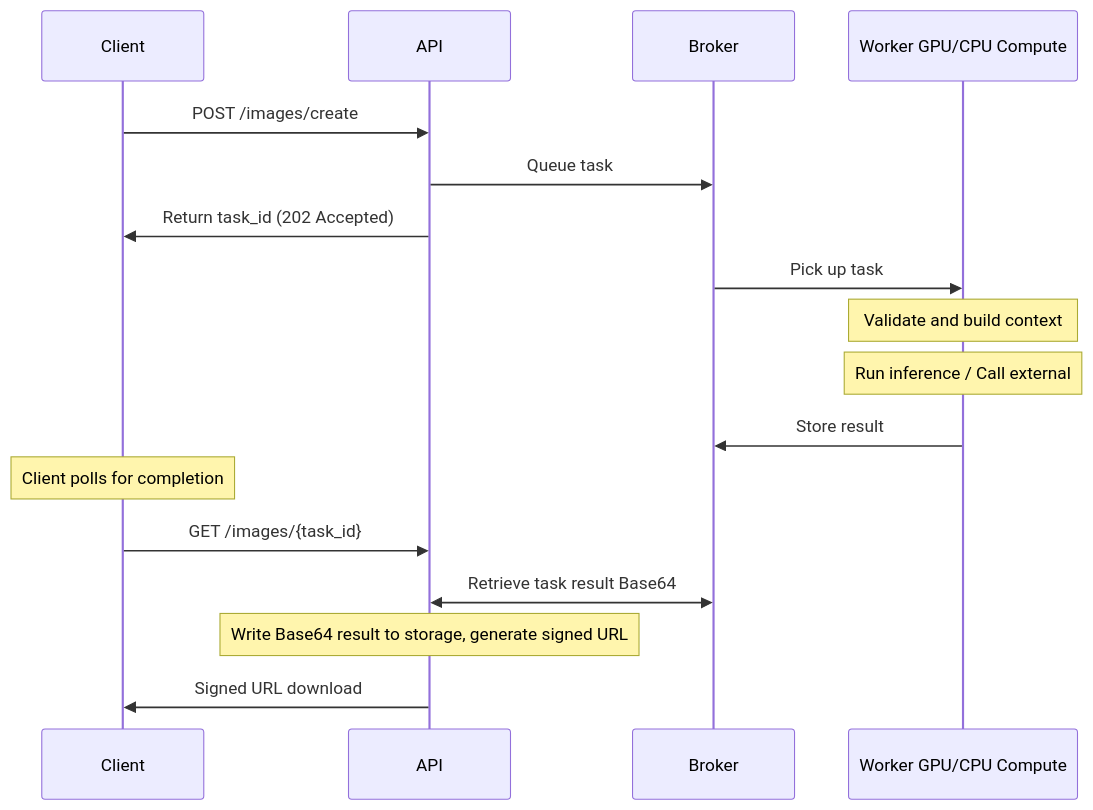
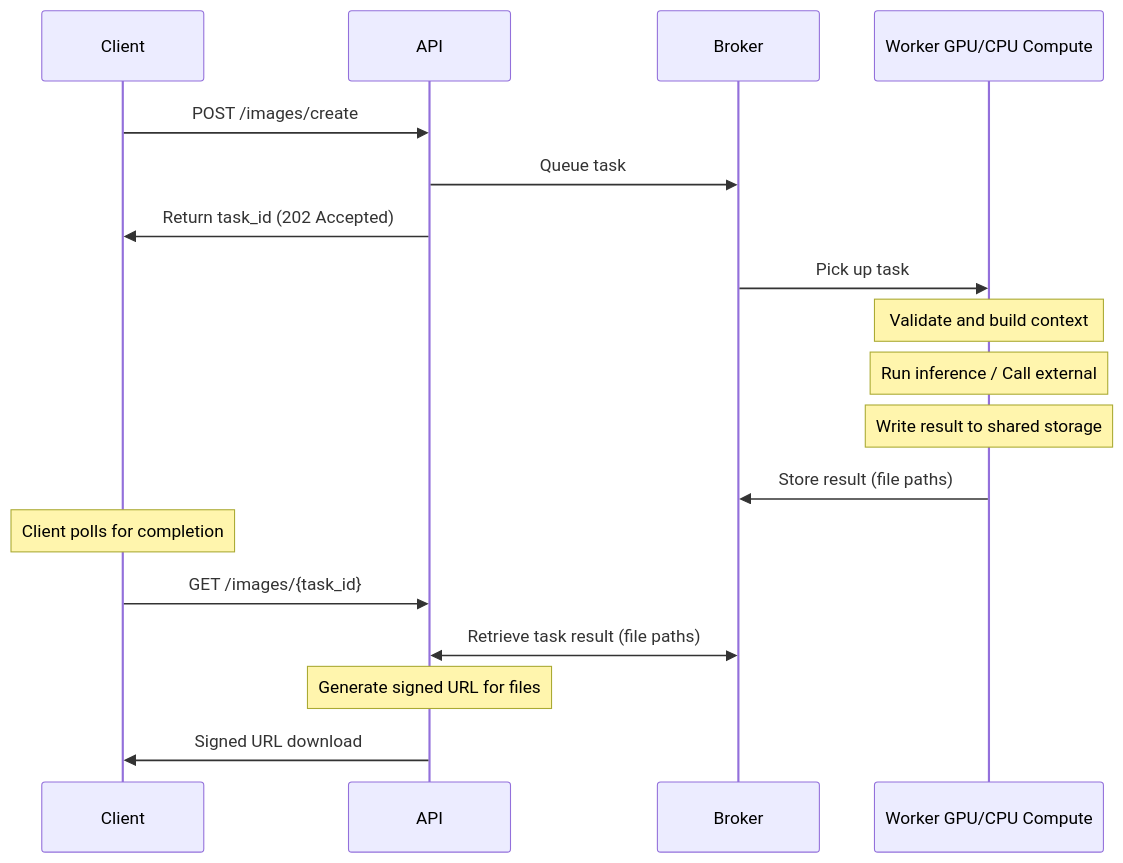
The first of 2 diagrams in README.md (JoeGaffney/deferred-diffusion), drawn with Mermaid before and after one commit. The commit also changed other lines of this file and 23 other files, not shown here.

First line of the commit message:
feature: task metadata exposure via Flower API integration, consolidates helper functions, and reorganizes output file storage paths (#64)

````diff
--- a/README.md
+++ b/README.md
@@ -30,21 +30,22 @@
 ```mermaid
 sequenceDiagram
     participant Client
     participant API
     participant Broker
     participant Worker as Worker GPU/CPU Compute
 
     Client->>API: POST /images/create
     API->>Broker: Queue task
     API->>Client: Return task_id (202 Accepted)
     Broker->>Worker: Pick up task
     Note over Worker: Validate and build context
     Note over Worker: Run inference / Call external
-    Worker->>Broker: Store result
+    Note over Worker: Write result to shared storage
+    Worker->>Broker: Store result (file paths)
 
     Note over Client: Client polls for completion
     Client->>API: GET /images/{task_id}
-    API<<->>Broker: Retrieve task result Base64
-    Note over API: Write Base64 result to storage, generate signed URL
+    API<<->>Broker: Retrieve task result (file paths)
+    Note over API: Generate signed URL for files
     API->>Client: Signed URL download
 ```
````
